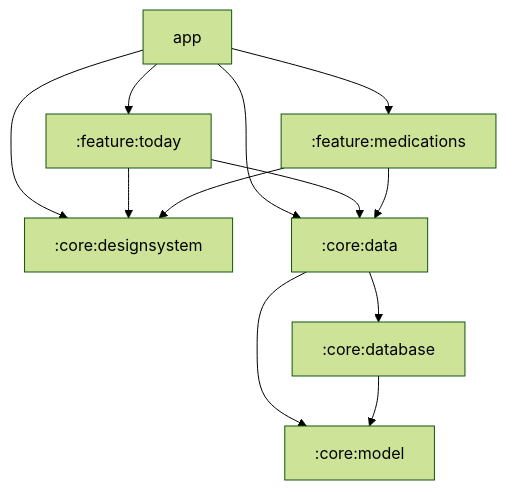
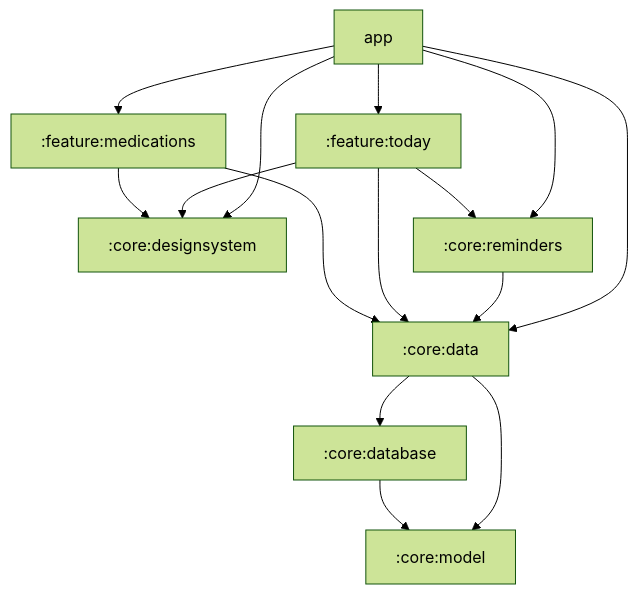
One commit to Sravanthipanga/kairo-android changed the diagram in README.md. Above: the diagram before and after it, drawn with Mermaid (forest theme). The commit also changed other lines of this file and 28 other files, not shown here.

````diff
--- a/README.md
+++ b/README.md
@@ -31,14 +31,17 @@
 ```mermaid
 graph TD
     app --> feature_today[":feature:today"]
     app --> feature_medications[":feature:medications"]
     app --> core_designsystem[":core:designsystem"]
     app --> core_data[":core:data"]
+    app --> core_reminders[":core:reminders"]
+    feature_today --> core_reminders
+    core_reminders --> core_data
     feature_today --> core_data
     feature_today --> core_designsystem
     feature_medications --> core_data
     feature_medications --> core_designsystem
     core_data --> core_database[":core:database"]
     core_data --> core_model[":core:model"]
     core_database --> core_model
 ```
````
